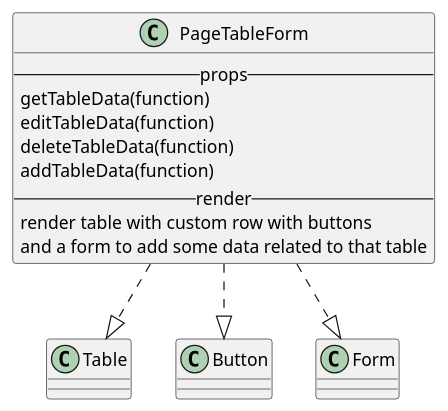
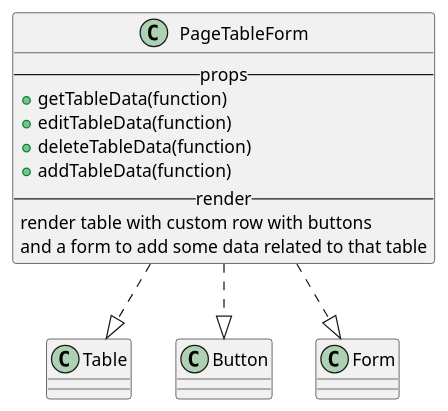
Before and after one commit to M9k/Marvin-Uml: the diagram in react/custom/pageTableForm.iuml, drawn with PlantUML. The commit also changed 10 other files, not shown here.

```diff
--- a/react/custom/pageTableForm.iuml
+++ b/react/custom/pageTableForm.iuml
@@ -1,13 +1,13 @@
 class PageTableForm{
---props--
-getTableData(function)
-editTableData(function)
-deleteTableData(function)
-addTableData(function)
---render--
-render table with custom row with buttons
-and a form to add some data related to that table
+    --props--
+        + getTableData(function)
+        + editTableData(function)
+        + deleteTableData(function)
+        + addTableData(function)
+    --render--
+        render table with custom row with buttons
+        and a form to add some data related to that table
 }
 PageTableForm ..|> Table
 PageTableForm ..|> Button
 PageTableForm ..|> Form
```
